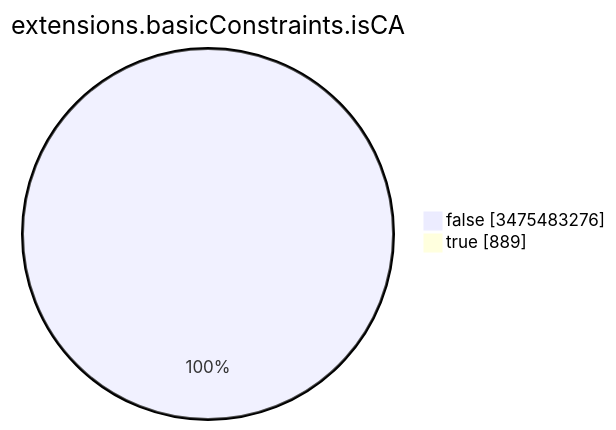
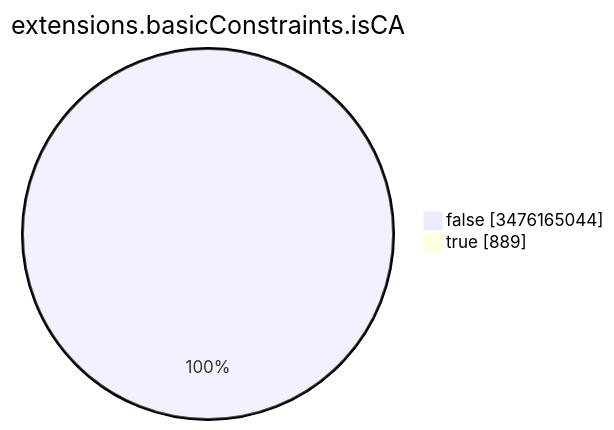
One commit to christiankrug/ctmonitor_visualization changed the seventh of 15 diagrams in TOTAL/README.md. Above: the diagram before and after it, drawn with Mermaid. The commit also changed other lines of this file, not shown here.

````diff
--- a/TOTAL/README.md
+++ b/TOTAL/README.md
@@ -3093,6 +3093,6 @@
 ```mermaid
 pie showData
 title extensions.basicConstraints.isCA
-"false" :3475483276
+"false" :3476165044
 "true" :889
 ```
````
